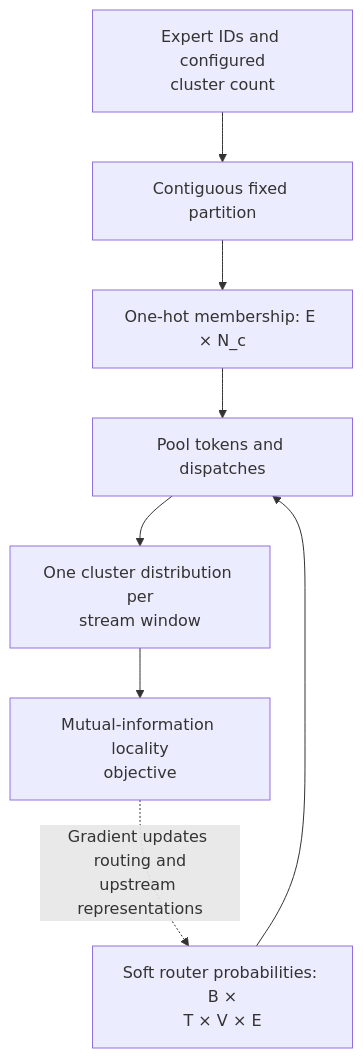
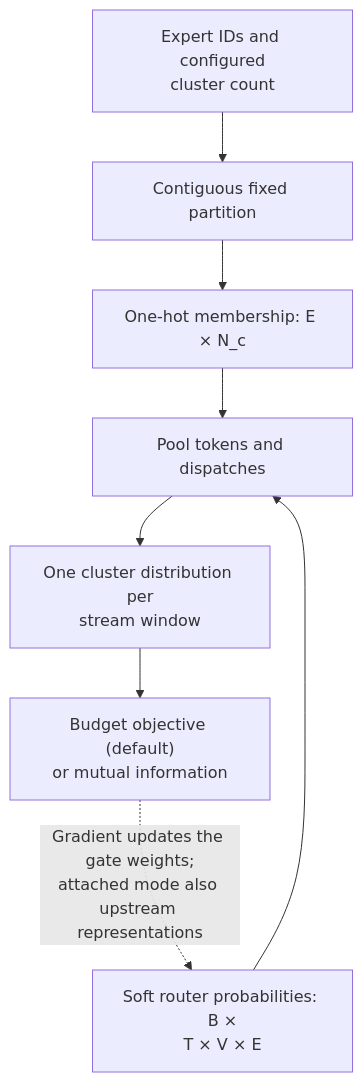
The first of 4 diagrams in docs/CLUSTER_LOCALITY.md (FonaTech/Project_Chronos), drawn with Mermaid before and after one commit. The commit also changed other lines of this file and 27 other files, not shown here.

First line of the commit message:
Release 0.3.5: budget cluster objective, dispatch mass, gate-only cluster gradient

````diff
--- a/docs/CLUSTER_LOCALITY.md
+++ b/docs/CLUSTER_LOCALITY.md
@@ -54,10 +54,10 @@
 ```mermaid
 flowchart TB
     IDs["Expert IDs and configured<br/>cluster count"] --> P["Contiguous fixed partition"]
     P --> M["One-hot membership: E × N_c"]
     Q["Soft router probabilities: B ×<br/>T × V × E"] --> Pool["Pool tokens and dispatches"]
     M --> Pool
     Pool --> PW["One cluster distribution per<br/>stream window"]
-    PW --> MI["Mutual-information locality<br/>objective"]
-    MI -. "Gradient updates routing and<br/>upstream representations" .-> Q
+    PW --> MI["Budget objective (default)<br/>or mutual information"]
+    MI -. "Gradient updates the gate weights;<br/>attached mode also upstream representations" .-> Q
 ```
````
